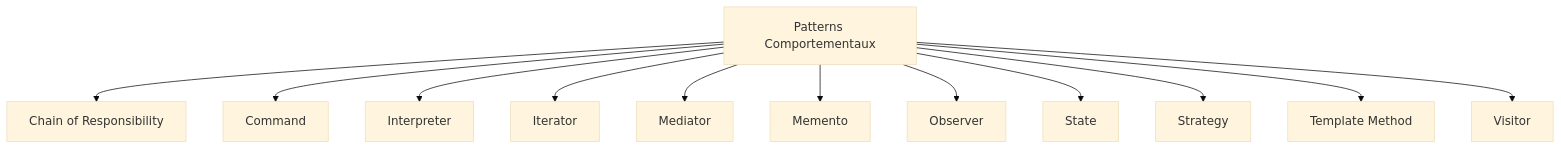
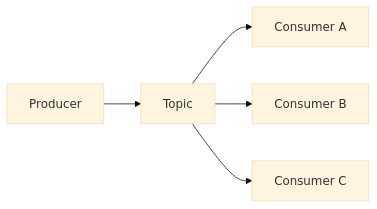
Before and after one commit to michaellaunay/NotesPubliques: the third of 5 diagrams in cours/Design patterns.md, drawn with Mermaid (base theme). The commit also changed other lines of this file, not shown here.

````diff
--- a/cours/Design patterns.md
+++ b/cours/Design patterns.md
@@ -174,14 +1402,7 @@
 ```mermaid
-graph TD
-    A[Patterns Comportementaux] --> B[Chain of Responsibility]
-    A --> C[Command]
-    A --> D[Interpreter]
-    A --> E[Iterator]
-    A --> F[Mediator]
-    A --> G[Memento]
-    A --> H[Observer]
-    A --> I[State]
-    A --> J[Strategy]
-    A --> K[Template Method]
-    A --> L[Visitor]
+graph LR
+    P[Producer] --> T[Topic]
+    T --> C1[Consumer A]
+    T --> C2[Consumer B]
+    T --> C3[Consumer C]
 ```
````
